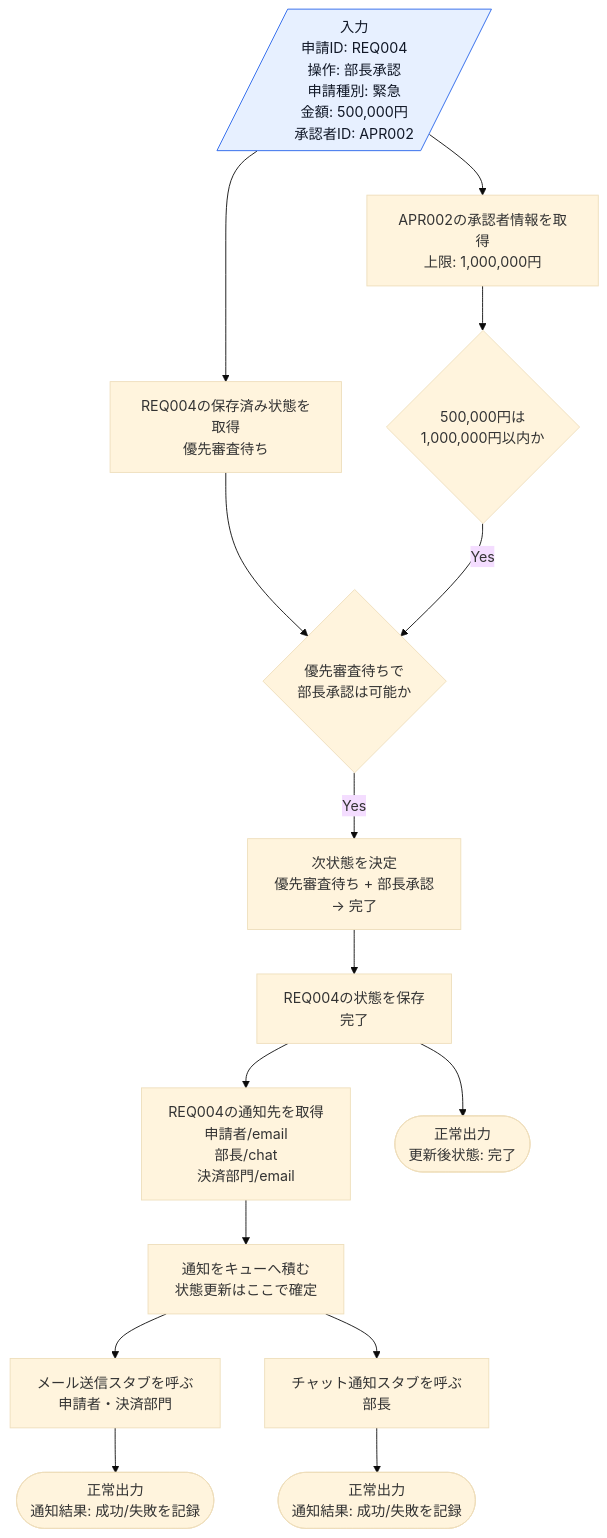
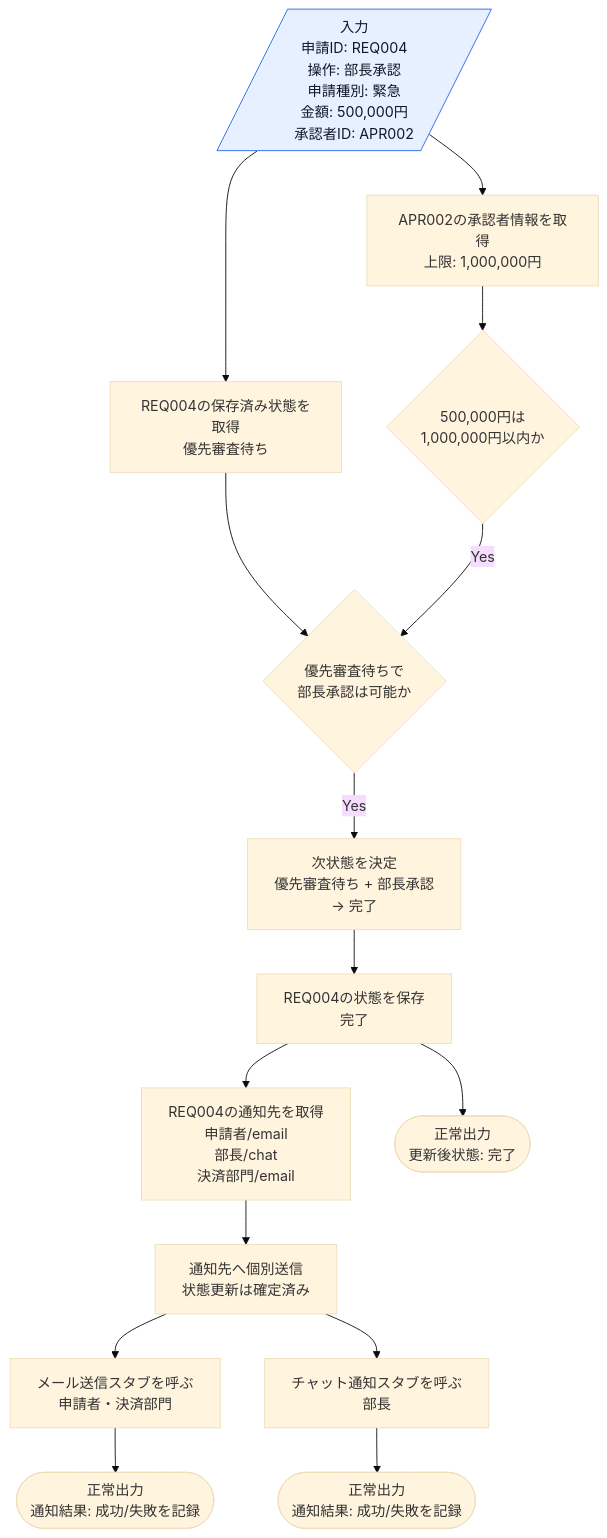
One commit to kumachan1101-pixel/DesignPattern changed the eighth of 16 diagrams in kindle/design-patterns/output/chapter12.md. Above: the diagram before and after it, drawn with Mermaid (base theme). The commit also changed other lines of this file and 7 other files, not shown here.

````diff
--- a/kindle/design-patterns/output/chapter12.md
+++ b/kindle/design-patterns/output/chapter12.md
@@ -557,23 +557,23 @@
 ```mermaid
 flowchart TD
     A[/入力<br>申請ID: REQ004<br>操作: 部長承認<br>申請種別: 緊急<br>金額: 500,000円<br>承認者ID: APR002/]:::input
     A --> B[REQ004の保存済み状態を取得<br>優先審査待ち]
     A --> C[APR002の承認者情報を取得<br>上限: 1,000,000円]
     C --> D{500,000円は<br>1,000,000円以内か}
     B --> E{優先審査待ちで<br>部長承認は可能か}
     D -->|Yes| E
     E -->|Yes| F[次状態を決定<br>優先審査待ち + 部長承認<br>→ 完了]
     F --> G[REQ004の状態を保存<br>完了]
     G --> H[REQ004の通知先を取得<br>申請者/email<br>部長/chat<br>決済部門/email]
-    H --> Q[通知をキューへ積む<br>状態更新はここで確定]
+    H --> Q[通知先へ個別送信<br>状態更新は確定済み]
     Q --> I[メール送信スタブを呼ぶ<br>申請者・決済部門]
     Q --> J[チャット通知スタブを呼ぶ<br>部長]
     G --> K([正常出力<br>更新後状態: 完了])
     I --> L([正常出力<br>通知結果: 成功/失敗を記録])
     J --> M([正常出力<br>通知結果: 成功/失敗を記録])
 
     classDef input fill:#e7f0ff,stroke:#2563eb,color:#111827;
     classDef process fill:#fff7ed,stroke:#ea580c,color:#111827;
     classDef decision fill:#fef9c3,stroke:#ca8a04,color:#111827;
     classDef normal fill:#dcfce7,stroke:#16a34a,color:#111827;
 ```
````
